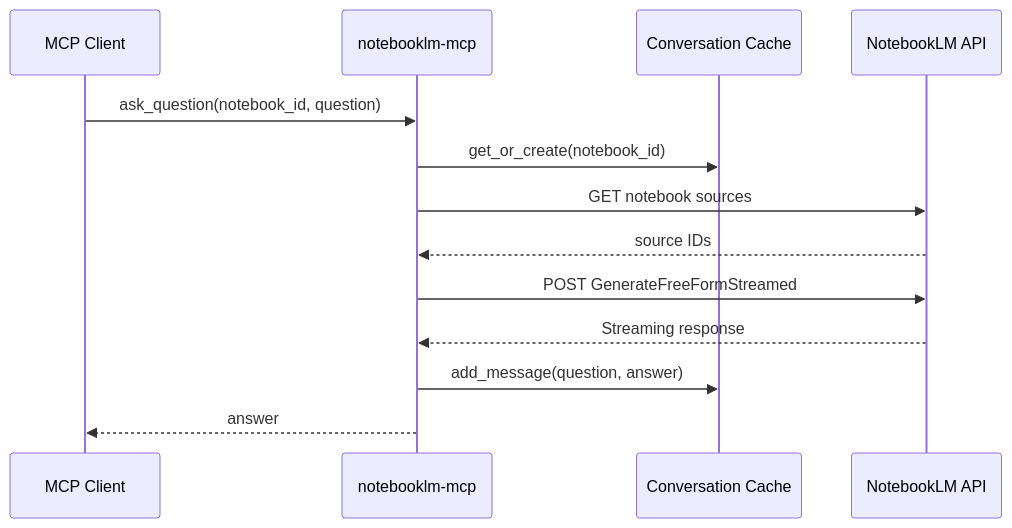
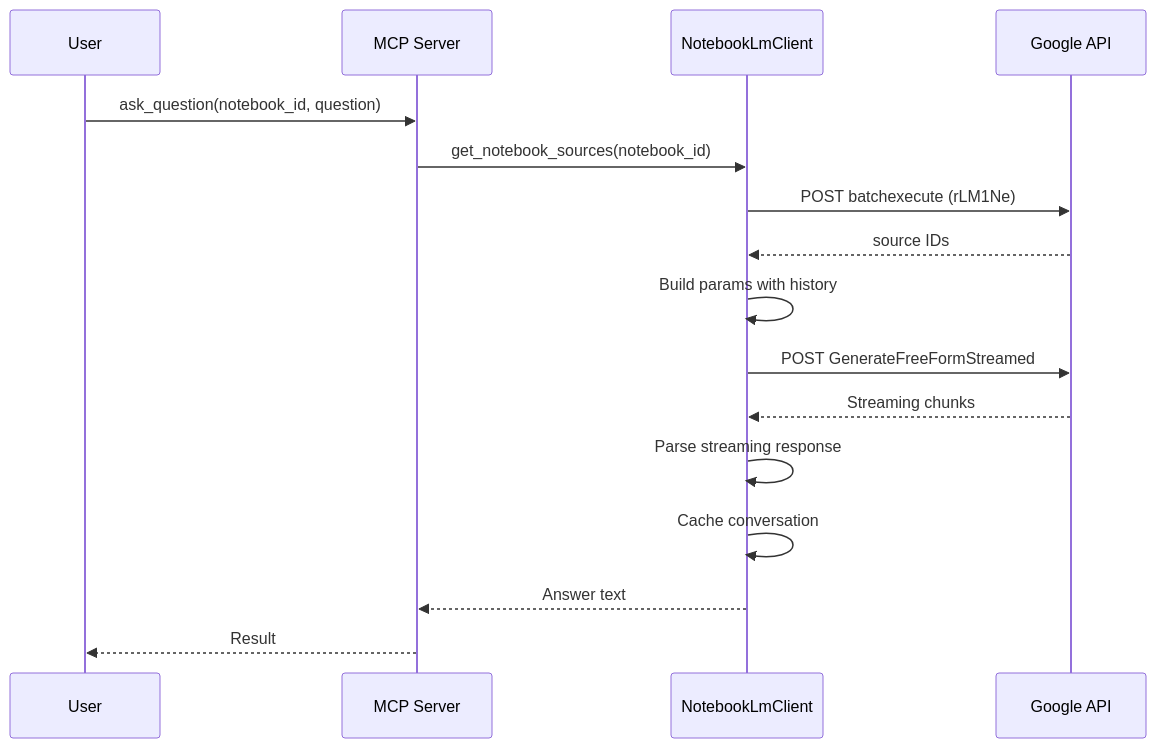
Before and after one commit to maisonnat/notebooklm-rust-mcp: the second of 2 diagrams in docs/en/01-architecture.md, drawn with Mermaid. The commit also changed other lines of this file, not shown here.

````diff
--- a/docs/en/01-architecture.md
+++ b/docs/en/01-architecture.md
@@ -97,16 +114,19 @@
 ```mermaid
 sequenceDiagram
-    participant Client as MCP Client
-    participant Server as notebooklm-mcp
-    participant Cache as Conversation Cache
-    participant Google as NotebookLM API
+    participant User
+    participant MCP as MCP Server
+    participant Client as NotebookLmClient
+    participant Google as Google API
 
-    Client->>Server: ask_question(notebook_id, question)
-    Server->>Cache: get_or_create(notebook_id)
-    Server->>Google: GET notebook sources
-    Google-->>Server: source IDs
-    Server->>Google: POST GenerateFreeFormStreamed
-    Google-->>Server: Streaming response
-    Server->>Cache: add_message(question, answer)
-    Server-->>Client: answer
+    User->>MCP: ask_question(notebook_id, question)
+    MCP->>Client: get_notebook_sources(notebook_id)
+    Client->>Google: POST batchexecute (rLM1Ne)
+    Google-->>Client: source IDs
+    Client->>Client: Build params with history
+    Client->>Google: POST GenerateFreeFormStreamed
+    Google-->>Client: Streaming chunks
+    Client->>Client: Parse streaming response
+    Client->>Client: Cache conversation
+    Client-->>MCP: Answer text
+    MCP-->>User: Result
 ```
````
